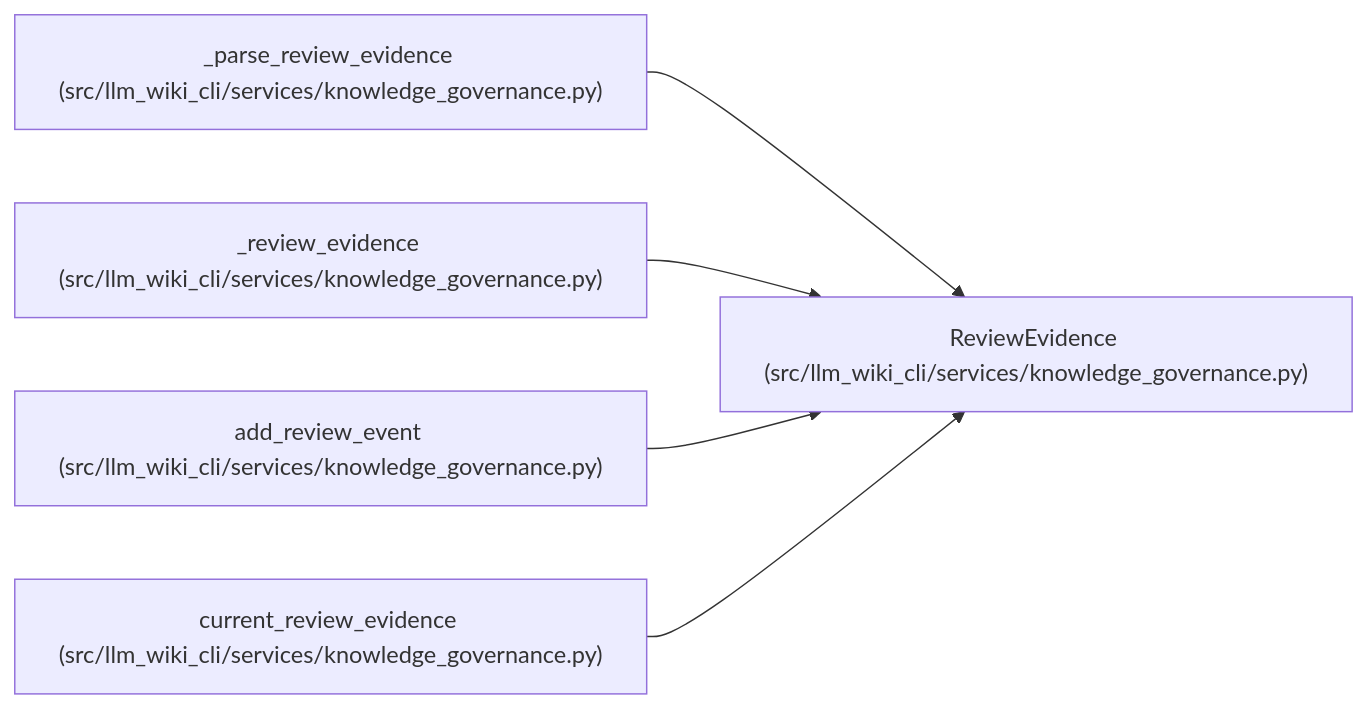
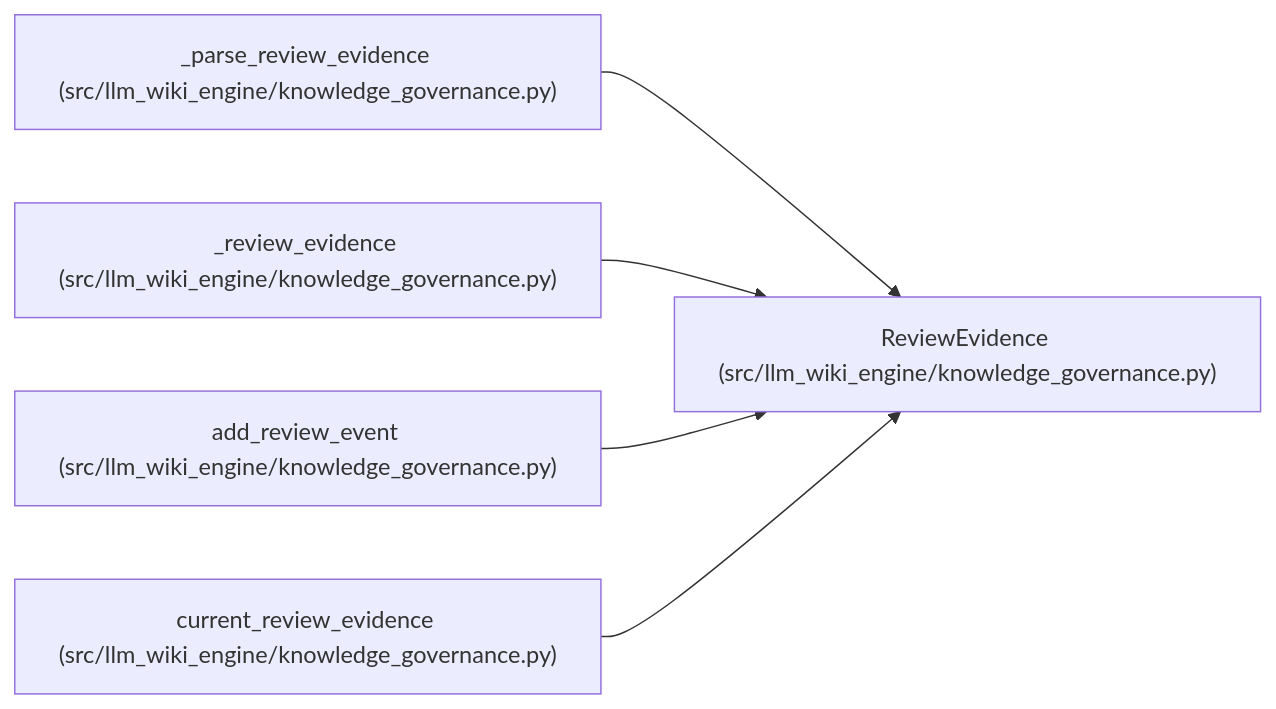
One commit to Denissvgn/python-wiki-llm changed the diagram in docs/llm_wiki/entities/ReviewEvidence.md. Above: the diagram before and after it, drawn with Mermaid. The commit also changed other lines of this file and 1058 other files, not shown here.

First line of the commit message:
docs: refresh the wiki for the knowledge store move

````diff
--- a/docs/llm_wiki/entities/ReviewEvidence.md
+++ b/docs/llm_wiki/entities/ReviewEvidence.md
@@ -31,17 +31,17 @@
 ```mermaid
 flowchart LR
-    n0["ReviewEvidence (src/llm_wiki_cli/services/knowledge_governance.py)"]
-    n1["_parse_review_evidence (src/llm_wiki_cli/services/knowledge_governance.py)"]
-    n2["_review_evidence (src/llm_wiki_cli/services/knowledge_governance.py)"]
-    n3["add_review_event (src/llm_wiki_cli/services/knowledge_governance.py)"]
-    n4["current_review_evidence (src/llm_wiki_cli/services/knowledge_governance.py)"]
+    n0["ReviewEvidence (src/llm_wiki_engine/knowledge_governance.py)"]
+    n1["_parse_review_evidence (src/llm_wiki_engine/knowledge_governance.py)"]
+    n2["_review_evidence (src/llm_wiki_engine/knowledge_governance.py)"]
+    n3["add_review_event (src/llm_wiki_engine/knowledge_governance.py)"]
+    n4["current_review_evidence (src/llm_wiki_engine/knowledge_governance.py)"]
     n1 --> n0
     n2 --> n0
     n3 --> n0
     n4 --> n0
     click n0 "../modules/knowledge_governance.md"
     click n1 "../modules/knowledge_governance.md"
     click n2 "../modules/knowledge_governance.md"
     click n3 "../modules/knowledge_governance.md"
     click n4 "../modules/knowledge_governance.md"
 ```
````
